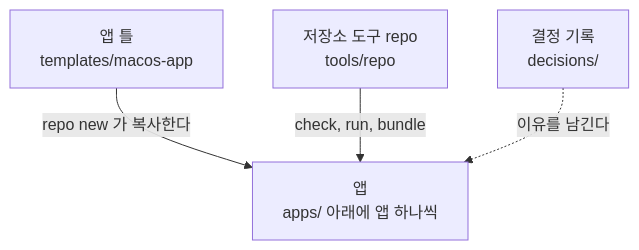
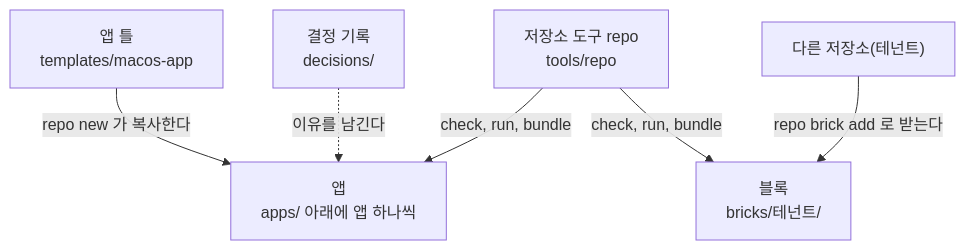
The first of 2 diagrams in README.md (gujoai/gujo-apps-mono-template), drawn with Mermaid before and after one commit. The commit also changed other lines of this file and 5 other files, not shown here.

````diff
--- a/README.md
+++ b/README.md
@@ -7,6 +7,8 @@
 ```mermaid
 flowchart TB
   Tpl["앱 틀<br/>templates/macos-app"] -->|repo new 가 복사한다| Apps["앱<br/>apps/ 아래에 앱 하나씩"]
+  Tenant["다른 저장소(테넌트)"] -->|repo brick add 로 받는다| Bricks["블록<br/>bricks/테넌트/"]
   Tool["저장소 도구 repo<br/>tools/repo"] -->|check, run, bundle| Apps
+  Tool -->|check, run, bundle| Bricks
   Dec["결정 기록<br/>decisions/"] -.->|이유를 남긴다| Apps
 ```
````
